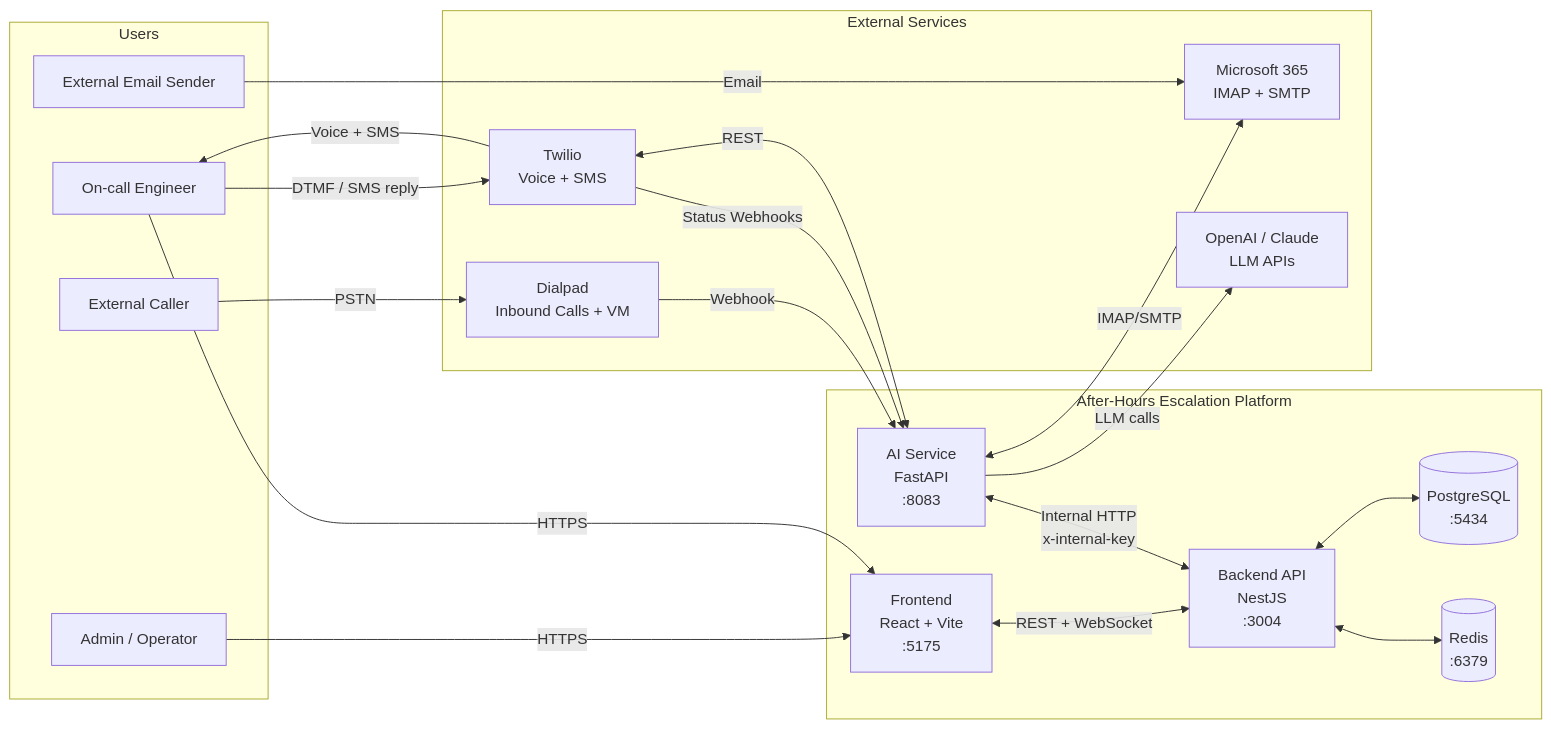
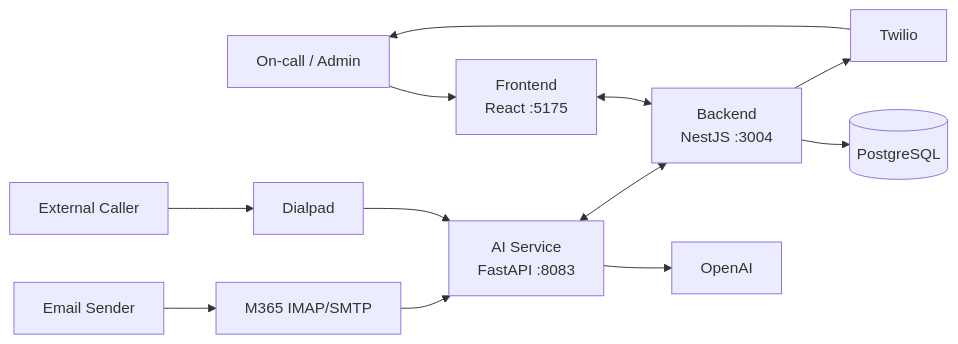
Before and after one commit to shankasf/afterhour_escalation: the diagram in docs/architecture/HLD.md, drawn with Mermaid. The commit also changed other lines of this file and 1 other file, not shown here.

````diff
--- a/docs/architecture/HLD.md
+++ b/docs/architecture/HLD.md
@@ -9,44 +3,23 @@
 ```mermaid
 flowchart LR
-    subgraph Users
-        OnCall[On-call Engineer]
-        Admin[Admin / Operator]
-        Caller[External Caller]
-        Sender[External Email Sender]
-    end
+    User[On-call / Admin]
+    Caller[External Caller]
+    Sender[Email Sender]
 
-    subgraph Platform[After-Hours Escalation Platform]
-        FE[Frontend<br/>React + Vite<br/>:5175]
-        BE[Backend API<br/>NestJS<br/>:3004]
-        AI[AI Service<br/>FastAPI<br/>:8083]
-        DB[(PostgreSQL<br/>:5434)]
-        RDS[(Redis<br/>:6379)]
-    end
+    FE[Frontend<br/>React :5175]
+    BE[Backend<br/>NestJS :3004]
+    AI[AI Service<br/>FastAPI :8083]
+    DB[(PostgreSQL)]
 
-    subgraph External[External Services]
-        Twilio[Twilio<br/>Voice + SMS]
-        Dialpad[Dialpad<br/>Inbound Calls + VM]
-        M365[Microsoft 365<br/>IMAP + SMTP]
-        OAI[OpenAI / Claude<br/>LLM APIs]
-    end
+    Twilio
+    Dialpad
+    M365[M365 IMAP/SMTP]
+    LLM[OpenAI]
 
-    Admin -->|HTTPS| FE
-    OnCall -->|HTTPS| FE
-    FE <-->|REST + WebSocket| BE
-
-    Sender -->|Email| M365
-    Caller -->|PSTN| Dialpad
-
-    AI <-->|IMAP/SMTP| M365
-    AI <-->|REST| Twilio
-    Dialpad -->|Webhook| AI
-    Twilio -->|Status Webhooks| AI
-    AI -->|LLM calls| OAI
-
-    AI <-->|Internal HTTP<br/>x-internal-key| BE
-    BE <--> DB
-    BE <--> RDS
-
-    Twilio -->|Voice + SMS| OnCall
-    OnCall -->|DTMF / SMS reply| Twilio
+    User --> FE <--> BE
+    Sender --> M365 --> AI
+    Caller --> Dialpad --> AI
+    AI --> LLM
+    AI <--> BE --> DB
+    BE --> Twilio --> User
 ```
````
